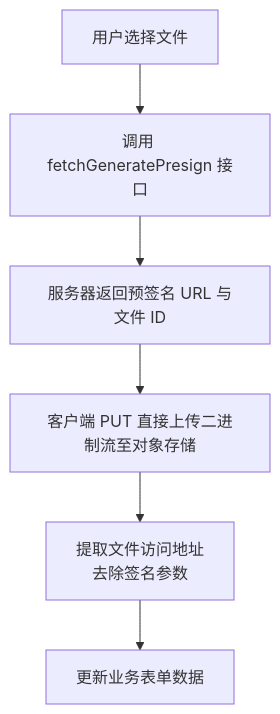
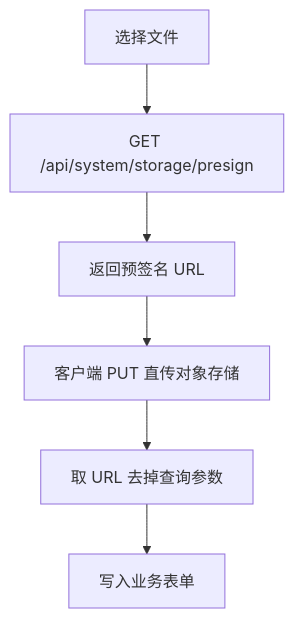
One commit to meishanlaoyao/elysia-admin changed the diagram in docs/guide/storage.md. Above: the diagram before and after it, drawn with Mermaid. The commit also changed other lines of this file and 38 other files, not shown here.

Commit message:
update: add module/page scaffolding (create:module/create:page with Drizzle Schema, --schema, --dry-run), script templates and tests; add AI_MODULE_SCAFFOLD.md; update AI workflow, Cursor Skill, IDE rules, and AI dev guide with scaffolding recommendations

````diff
--- a/docs/guide/storage.md
+++ b/docs/guide/storage.md
@@ -182,8 +130,8 @@
 ```mermaid
 flowchart TD
-    A[用户选择文件] --> B[调用 fetchGeneratePresign 接口]
-    B --> C[服务器返回预签名 URL 与文件 ID]
-    C --> D[客户端 PUT 直接上传二进制流至对象存储]
-    D --> E[提取文件访问地址<br/>去除签名参数]
-    E --> F[更新业务表单数据]
+    A[选择文件] --> B[GET /api/system/storage/presign]
+    B --> C[返回预签名 URL]
+    C --> D[客户端 PUT 直传对象存储]
+    D --> E[取 URL 去掉查询参数]
+    E --> F[写入业务表单]
 ```
````
